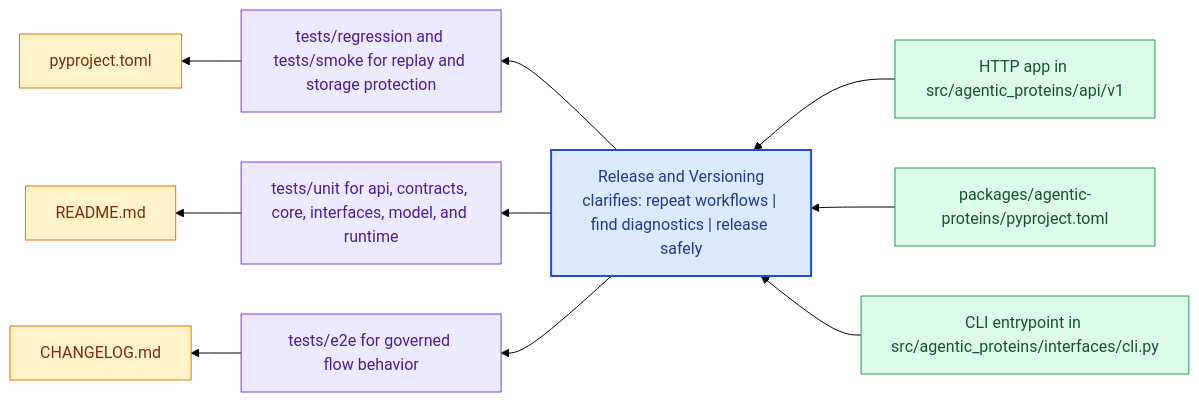
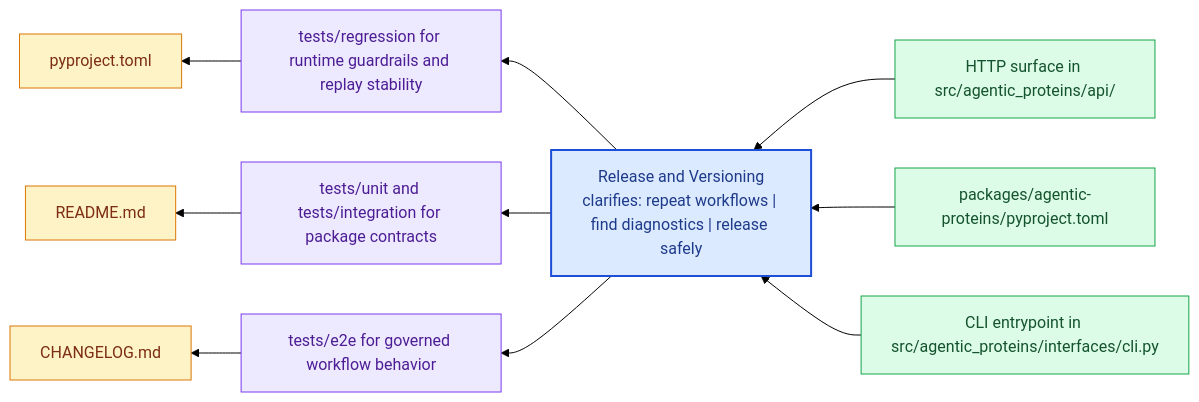
The diagram in docs/agentic-proteins/operations/release-and-versioning.md (bijux/bijux-proteomics), drawn with Mermaid (forest theme) before and after one commit. The commit also changed other lines of this file, not shown here.

Commit message:
docs(agentic-proteins): correct versioning and test anchors in release guide

````diff
--- a/docs/agentic-proteins/operations/release-and-versioning.md
+++ b/docs/agentic-proteins/operations/release-and-versioning.md
@@ -23,31 +23,31 @@
 ```mermaid
 flowchart RL
     page["Release and Versioning<br/>clarifies: repeat workflows | find diagnostics | release safely"]
     classDef page fill:#dbeafe,stroke:#1d4ed8,color:#1e3a8a,stroke-width:2px;
     classDef positive fill:#dcfce7,stroke:#16a34a,color:#14532d;
     classDef caution fill:#fee2e2,stroke:#dc2626,color:#7f1d1d;
     classDef anchor fill:#ede9fe,stroke:#7c3aed,color:#4c1d95;
     classDef action fill:#fef3c7,stroke:#d97706,color:#7c2d12;
-    step1["HTTP app in src/agentic_proteins/api/v1"]
+    step1["HTTP surface in src/agentic_proteins/api/"]
     step1 --> page
     step2["packages/agentic-proteins/pyproject.toml"]
     step2 --> page
     step3["CLI entrypoint in src/agentic_proteins/interfaces/cli.py"]
     step3 --> page
-    run1["tests/regression and tests/smoke for replay and storage protection"]
+    run1["tests/regression for runtime guardrails and replay stability"]
     page --> run1
-    run2["tests/unit for api, contracts, core, interfaces, model, and runtime"]
+    run2["tests/unit and tests/integration for package contracts"]
     page --> run2
-    run3["tests/e2e for governed flow behavior"]
+    run3["tests/e2e for governed workflow behavior"]
     page --> run3
     release1["pyproject.toml"]
     run1 --> release1
     release2["README.md"]
     run2 --> release2
     release3["CHANGELOG.md"]
     run3 --> release3
     class page page;
     class step1,step2,step3 positive;
     class run1,run2,run3 anchor;
     class release1,release2,release3 action;
 ```
````
